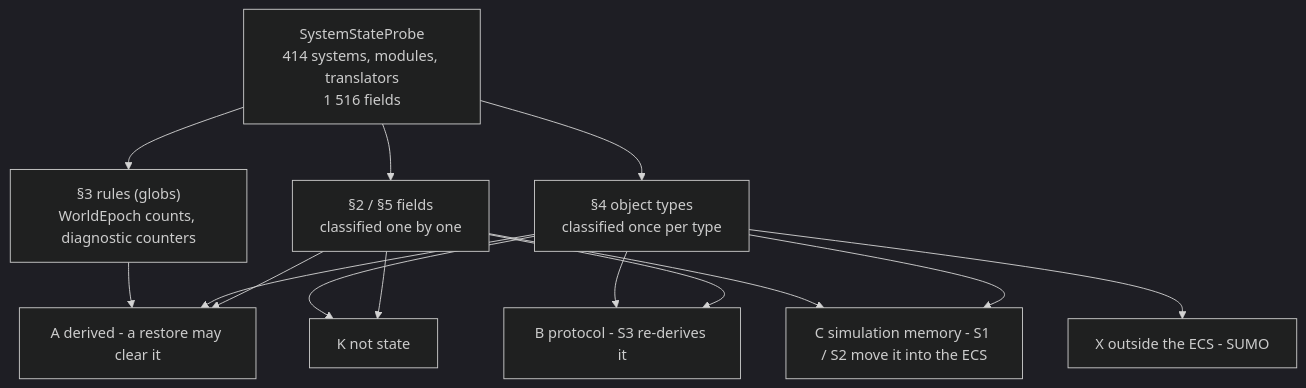
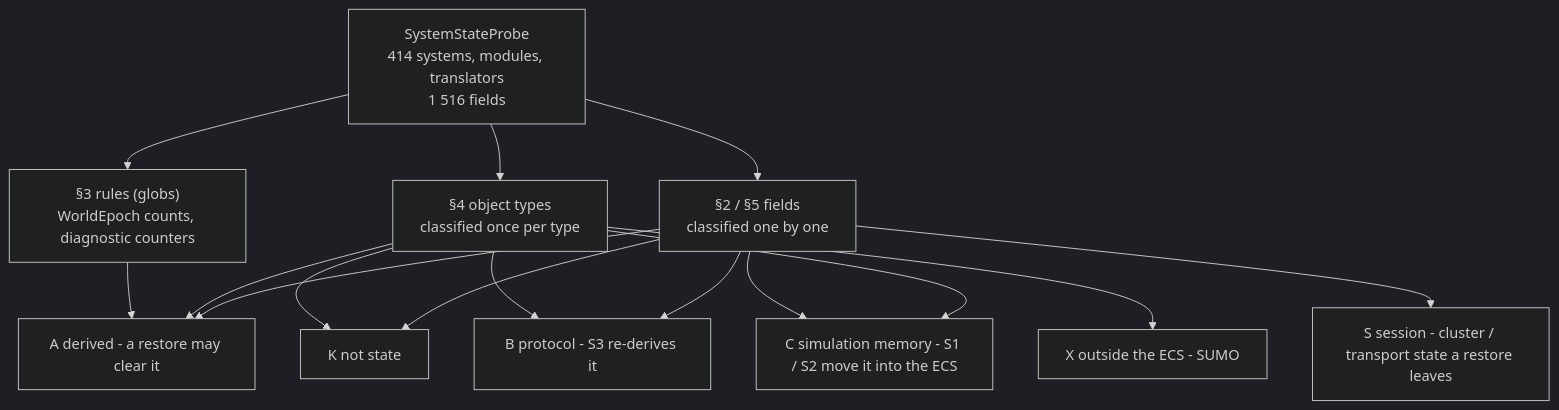
One commit to pjanec/HROT changed the first of 5 diagrams in docs/DESIGN_System_State_Inventory.md. Above: the diagram before and after it, drawn with Mermaid (dark theme). The commit also changed other lines of this file and 24 other files, not shown here.

````diff
--- a/docs/DESIGN_System_State_Inventory.md
+++ b/docs/DESIGN_System_State_Inventory.md
@@ -16,17 +16,18 @@
 ```mermaid
 graph TD
   P["SystemStateProbe<br/>414 systems, modules, translators<br/>1 516 fields"]
   P --> R["§3 rules (globs)<br/>WorldEpoch counts, diagnostic counters"]
   P --> T["§4 object types<br/>classified once per type"]
   P --> F["§2 / §5 fields<br/>classified one by one"]
   R --> A["A derived - a restore may clear it"]
   T --> K["K not state"]
   T --> A
   T --> B["B protocol - S3 re-derives it"]
   F --> K
   F --> A
   F --> B
   F --> C["C simulation memory - S1 / S2 move it into the ECS"]
   T --> C
   T --> X["X outside the ECS - SUMO"]
+  F --> S["S session - cluster / transport state a restore leaves"]
 ```
````
